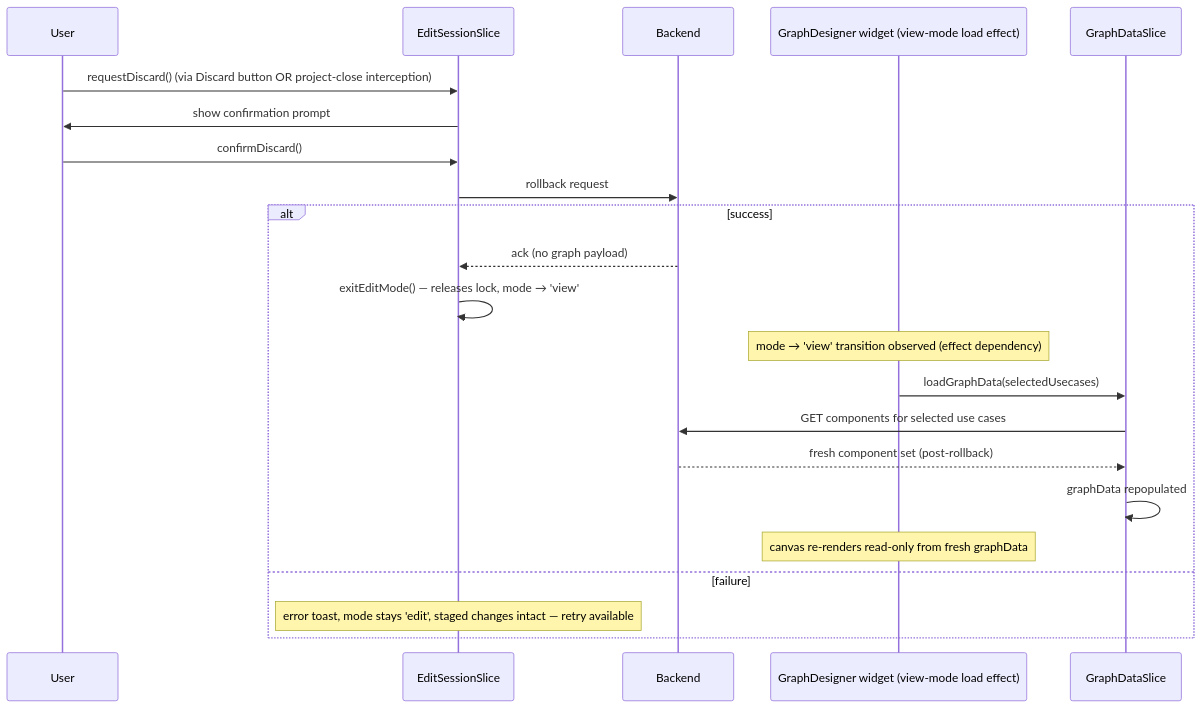
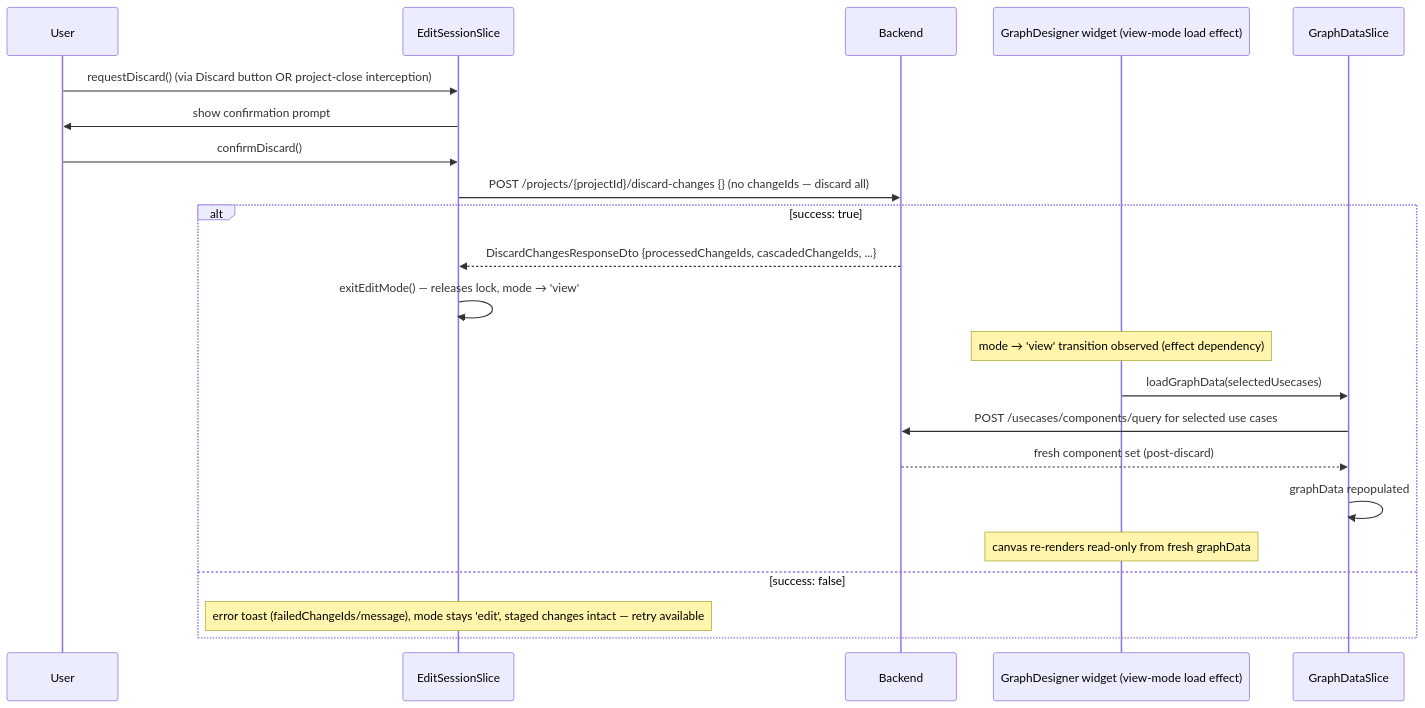
One commit to ramesh521/audioreach-creator-ui-2 changed the third of 3 diagrams in docs/graph-designer-edit/design/core-edit-session-design.md. Above: the diagram before and after it, drawn with Mermaid. The commit also changed other lines of this file and 5 other files, not shown here.

````diff
--- a/docs/graph-designer-edit/design/core-edit-session-design.md
+++ b/docs/graph-designer-edit/design/core-edit-session-design.md
@@ -607,25 +847,25 @@
 ```mermaid
 sequenceDiagram
   participant U as User
   participant ES as EditSessionSlice
   participant B as Backend
   participant GDW as GraphDesigner widget (view-mode load effect)
   participant GD as GraphDataSlice
 
   U->>ES: requestDiscard() (via Discard button OR project-close interception)
   ES->>U: show confirmation prompt
   U->>ES: confirmDiscard()
-  ES->>B: rollback request
-  alt success
-    B-->>ES: ack (no graph payload)
+  ES->>B: POST /projects/{projectId}/discard-changes {} (no changeIds — discard all)
+  alt success: true
+    B-->>ES: DiscardChangesResponseDto {processedChangeIds, cascadedChangeIds, ...}
     ES->>ES: exitEditMode() — releases lock, mode → 'view'
     Note over GDW: mode → 'view' transition observed (effect dependency)
     GDW->>GD: loadGraphData(selectedUsecases)
-    GD->>B: GET components for selected use cases
-    B-->>GD: fresh component set (post-rollback)
+    GD->>B: POST /usecases/components/query for selected use cases
+    B-->>GD: fresh component set (post-discard)
     GD->>GD: graphData repopulated
     Note over GDW: canvas re-renders read-only from fresh graphData
-  else failure
-    Note over ES: error toast, mode stays 'edit', staged changes intact — retry available
+  else success: false
+    Note over ES: error toast (failedChangeIds/message), mode stays 'edit', staged changes intact — retry available
   end
 ```
````
